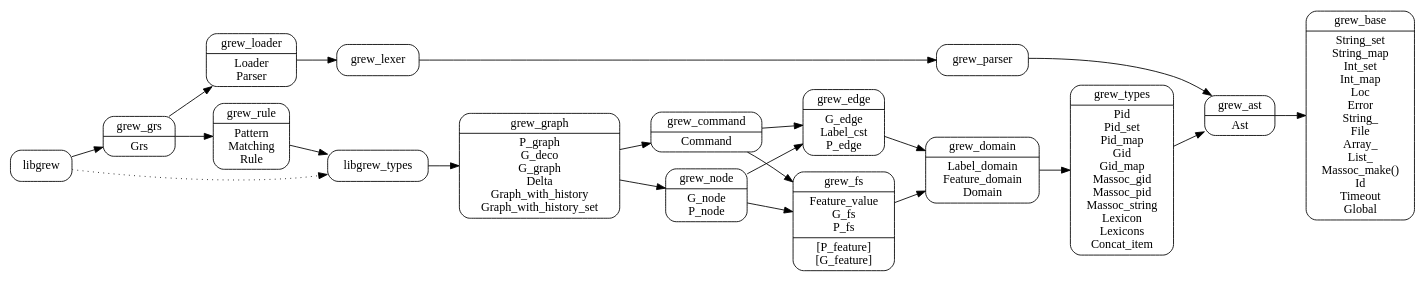
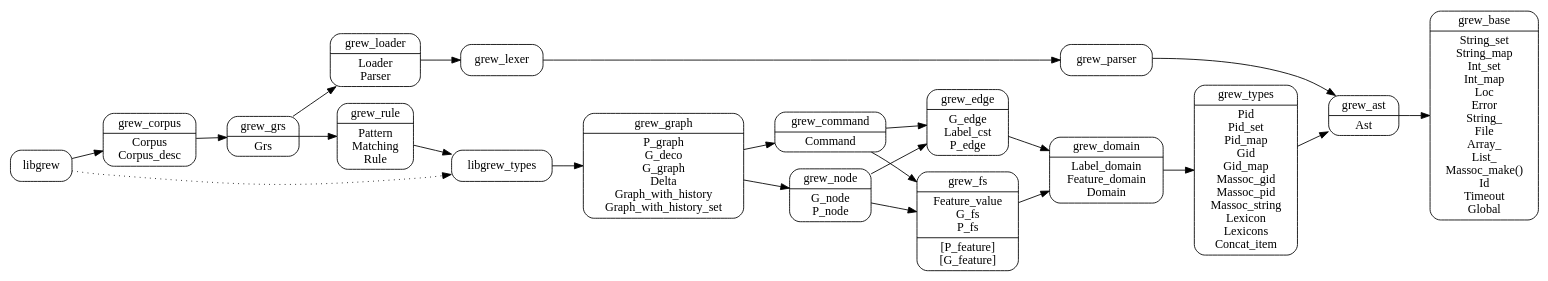
The diagram in dev/arch.dot (grew-nlp/grewlib), drawn with Graphviz before and after one commit. The commit also changed 6 other files, not shown here.

Commit message:
add module “Corpus” and “Corpus_desc”

```diff
--- a/dev/arch.dot
+++ b/dev/arch.dot
@@ -1,33 +1,35 @@
 digraph grew {
   node [shape=Mrecord];
   rankdir = LR;
   grew_base [label="grew_base|String_set\nString_map\nInt_set\nInt_map\nLoc\nError\nString_\nFile\nArray_\nList_\nMassoc_make()\nId\nTimeout\nGlobal"]
   grew_types [label="grew_types|Pid\nPid_set\nPid_map\nGid\nGid_map\nMassoc_gid\nMassoc_pid\nMassoc_string\nLexicon\nLexicons\nConcat_item"]
   grew_ast [label="grew_ast|Ast"]
   grew_domain [label="grew_domain|Label_domain\nFeature_domain\nDomain"]
   grew_loader [label="grew_loader|Loader\nParser"]
   grew_fs [label="grew_fs|Feature_value\nG_fs\nP_fs|[P_feature]\n[G_feature]"]
   grew_edge [label="grew_edge|G_edge\nLabel_cst\nP_edge"]
   grew_node [label="grew_node|G_node\nP_node"]
   grew_command [label="grew_command|Command"]
   grew_graph [label="grew_graph|P_graph\nG_deco\nG_graph\nDelta\nGraph_with_history\nGraph_with_history_set"]
   grew_rule [label="grew_rule|Pattern\nMatching\nRule"]
   grew_grs [label="grew_grs|Grs"]
+  grew_corpus [label="grew_corpus|Corpus\nCorpus_desc"]
 
 grew_domain -> grew_types -> grew_ast -> grew_base
 grew_edge -> grew_domain
 grew_fs -> grew_domain
 grew_command -> grew_edge
 grew_command -> grew_fs
 grew_node -> grew_edge
 grew_node -> grew_fs
 grew_graph -> grew_node
 grew_graph -> grew_command
 libgrew_types -> grew_graph
 grew_rule -> libgrew_types
 grew_grs -> grew_rule
 grew_grs -> grew_loader -> grew_lexer -> grew_parser -> grew_ast
-libgrew -> grew_grs
+grew_corpus -> grew_grs
+libgrew -> grew_corpus
 
 libgrew -> libgrew_types [style=dotted]
 }
```
